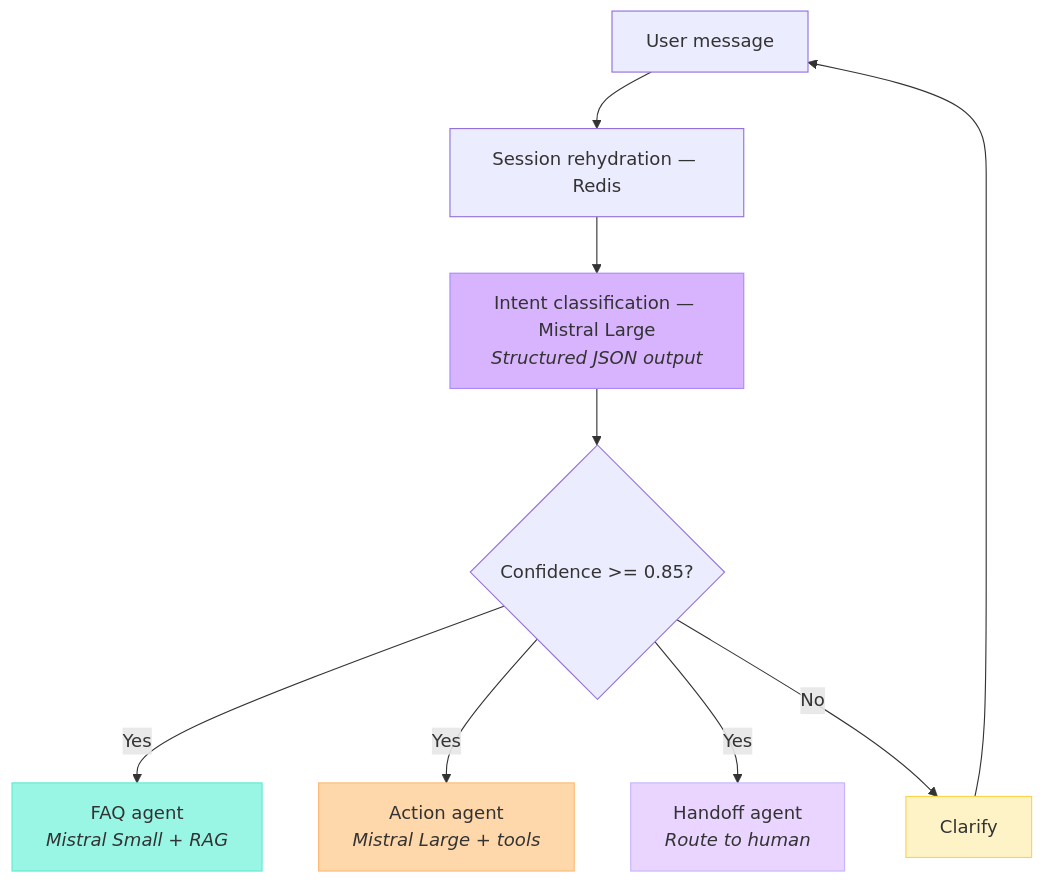
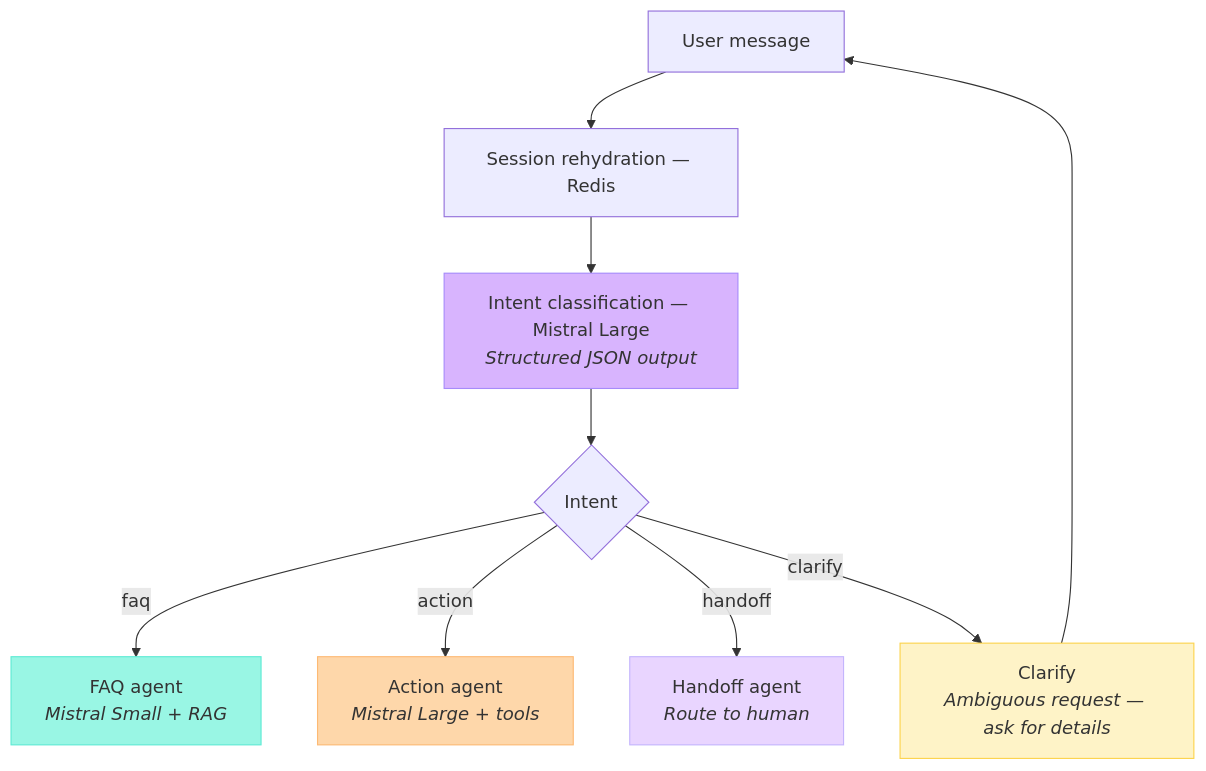
Before and after one commit to andreadhelpra/retail-banking-chatbot: the second of 7 diagrams in README.md, drawn with Mermaid. The commit also changed other lines of this file and 9 other files, not shown here.

Commit message:
Remove BNP Assistant design spec, update test schemas to remove confidence checks, and refactor Streamlit UI to handle API base URL and remove confidence display.

````diff
--- a/README.md
+++ b/README.md
@@ -72,18 +85,18 @@
 ```mermaid
 flowchart TD
     A[User message] --> B[Session rehydration — Redis]
     B --> C[Intent classification — Mistral Large<br/><i>Structured JSON output</i>]
-    C --> D{Confidence >= 0.85?}
-    D -- Yes --> E1[FAQ agent<br/><i>Mistral Small + RAG</i>]
-    D -- Yes --> E2[Action agent<br/><i>Mistral Large + tools</i>]
-    D -- Yes --> E3[Handoff agent<br/><i>Route to human</i>]
-    D -- No --> F[Clarify]
+    C --> D{Intent}
+    D -- faq --> E1[FAQ agent<br/><i>Mistral Small + RAG</i>]
+    D -- action --> E2[Action agent<br/><i>Mistral Large + tools</i>]
+    D -- handoff --> E3[Handoff agent<br/><i>Route to human</i>]
+    D -- clarify --> F[Clarify<br/><i>Ambiguous request — ask for details</i>]
 
     F --> A
 
     style C fill:#d8b4fe,stroke:#a78bfa
     style E1 fill:#99f6e4,stroke:#5eead4
     style E2 fill:#fed7aa,stroke:#fdba74
     style E3 fill:#e9d5ff,stroke:#c4b5fd
     style F fill:#fef3c7,stroke:#fcd34d
 ```
````
